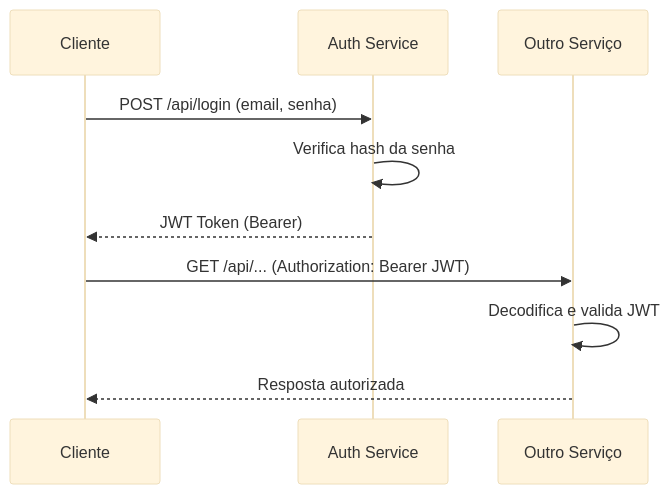
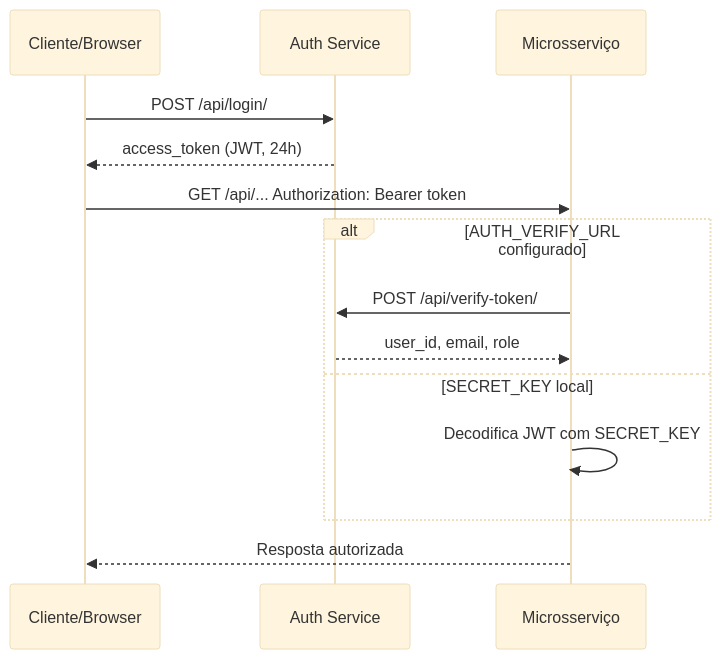
Before and after one commit to LuanaPZenha/vet-plus: the third of 3 diagrams in README.md, drawn with Mermaid (base theme). The commit also changed other lines of this file, not shown here.

First line of the commit message:
Atualiza README com documentação completa do projeto

````diff
--- a/README.md
+++ b/README.md
@@ -120,13 +272,17 @@
 ```mermaid
 sequenceDiagram
-    participant C as Cliente
+    participant C as Cliente/Browser
     participant A as Auth Service
-    participant S as Outro Serviço
+    participant S as Microsserviço
 
-    C->>A: POST /api/login (email, senha)
-    A->>A: Verifica hash da senha
-    A-->>C: JWT Token (Bearer)
-    C->>S: GET /api/... (Authorization: Bearer JWT)
-    S->>S: Decodifica e valida JWT
+    C->>A: POST /api/login/
+    A-->>C: access_token (JWT, 24h)
+    C->>S: GET /api/... Authorization: Bearer token
+    alt AUTH_VERIFY_URL configurado
+        S->>A: POST /api/verify-token/
+        A-->>S: user_id, email, role
+    else SECRET_KEY local
+        S->>S: Decodifica JWT com SECRET_KEY
+    end
     S-->>C: Resposta autorizada
 ```
````
